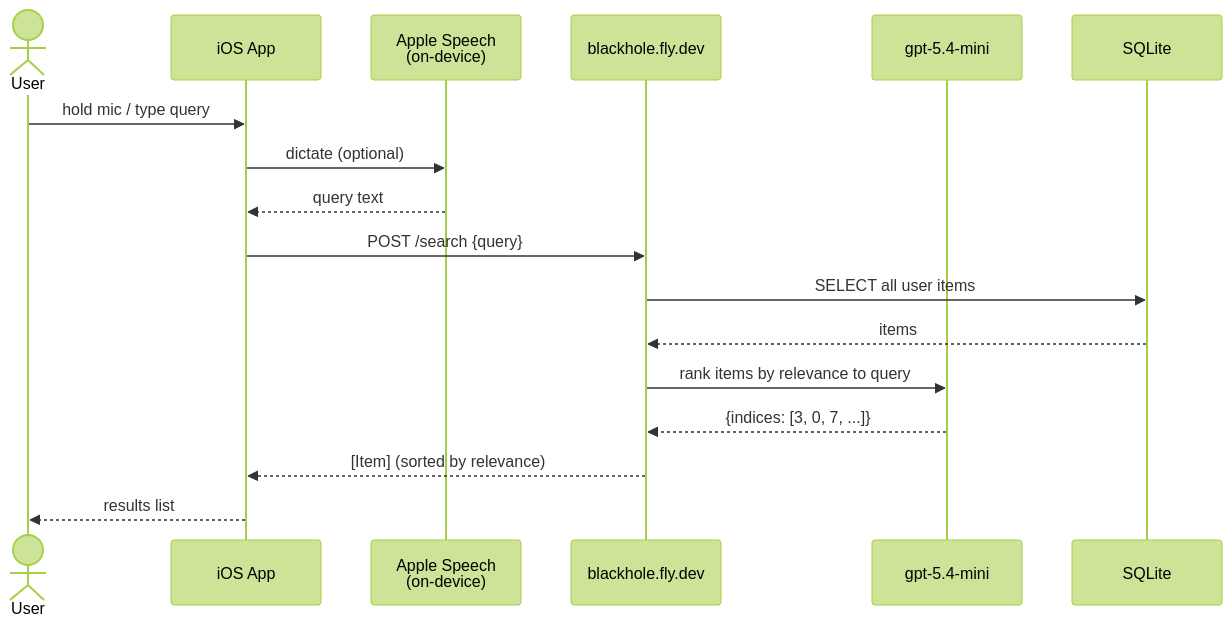
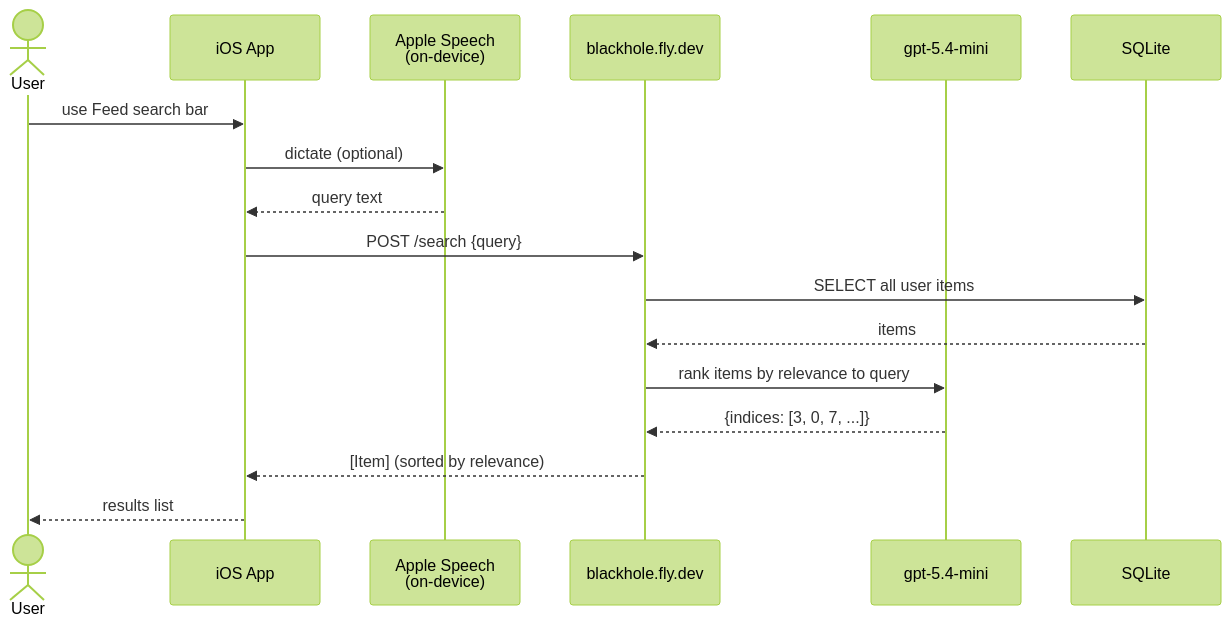
One commit to zamborg/lowercaseLabs changed the fourth of 4 diagrams in blackhole/ARCHITECTURE.md. Above: the diagram before and after it, drawn with Mermaid (forest theme). The commit also changed other lines of this file and 35 other files, not shown here.

````diff
--- a/blackhole/ARCHITECTURE.md
+++ b/blackhole/ARCHITECTURE.md
@@ -77,20 +80,20 @@
 ```mermaid
 sequenceDiagram
     actor User
     participant iOS as iOS App
     participant Engine as Apple Speech<br/>(on-device)
     participant API as blackhole.fly.dev
     participant LLM as gpt-5.4-mini
     participant DB as SQLite
 
-    User->>iOS: hold mic / type query
+    User->>iOS: use Feed search bar
     iOS->>Engine: dictate (optional)
     Engine-->>iOS: query text
     iOS->>API: POST /search {query}
     API->>DB: SELECT all user items
     DB-->>API: items
     API->>LLM: rank items by relevance to query
     LLM-->>API: {indices: [3, 0, 7, ...]}
     API-->>iOS: [Item] (sorted by relevance)
     iOS-->>User: results list
 ```
````
